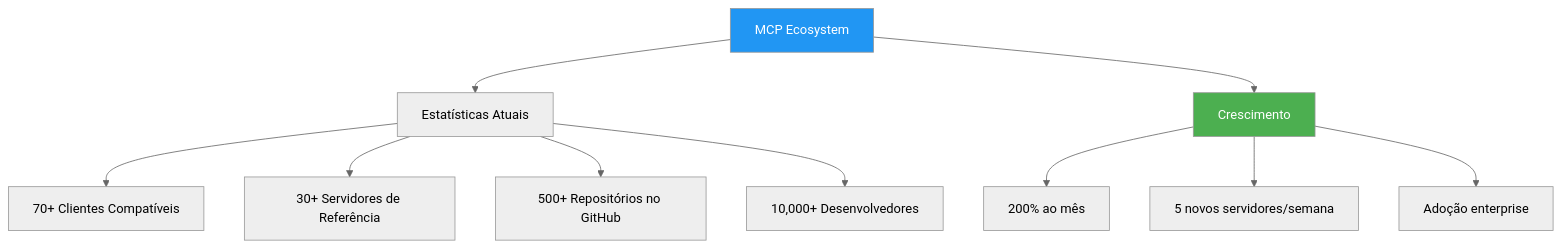
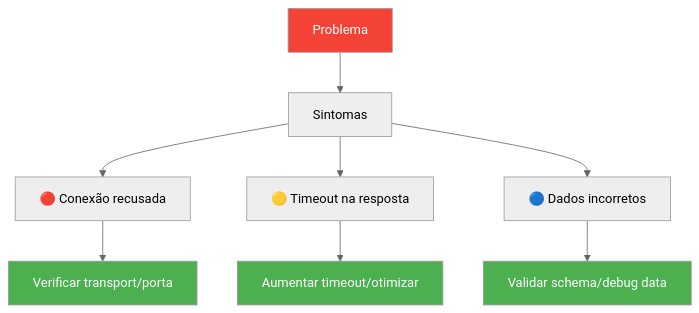
Before and after one commit to felipepimentel/my-public-notes: diagram 18 of 39 in AI/Comunicação/MCP/00-mcp-presentation-zero to hero.md, drawn with Mermaid (neutral theme). The commit also changed other lines of this file, not shown here.

````diff
--- a/AI/Comunicação/MCP/00-mcp-presentation-zero to hero.md
+++ b/AI/Comunicação/MCP/00-mcp-presentation-zero to hero.md
@@ -570,17 +517,17 @@
 ```mermaid
 graph TD
-    ECO[MCP Ecosystem] --> STATS[Estatísticas Atuais]
+    PROBLEM[Problema] --> SYMPTOMS[Sintomas]
     
-    STATS --> S1[70+ Clientes Compatíveis]
-    STATS --> S2[30+ Servidores de Referência]
-    STATS --> S3[500+ Repositórios no GitHub]
-    STATS --> S4[10,000+ Desenvolvedores]
+    SYMPTOMS --> S1[🔴 Conexão recusada]
+    SYMPTOMS --> S2[🟡 Timeout na resposta]
+    SYMPTOMS --> S3[🔵 Dados incorretos]
     
-    ECO --> GROWTH[Crescimento]
-    GROWTH --> G1[200% ao mês]
-    GROWTH --> G2[5 novos servidores/semana]
-    GROWTH --> G3[Adoção enterprise]
+    S1 --> FIX1[Verificar transport/porta]
+    S2 --> FIX2[Aumentar timeout/otimizar]
+    S3 --> FIX3[Validar schema/debug data]
     
-    style ECO fill:#2196F3,color:#fff
-    style GROWTH fill:#4CAF50,color:#fff
+    style PROBLEM fill:#f44336,color:#fff
+    style FIX1 fill:#4CAF50,color:#fff
+    style FIX2 fill:#4CAF50,color:#fff
+    style FIX3 fill:#4CAF50,color:#fff
 ```
````
